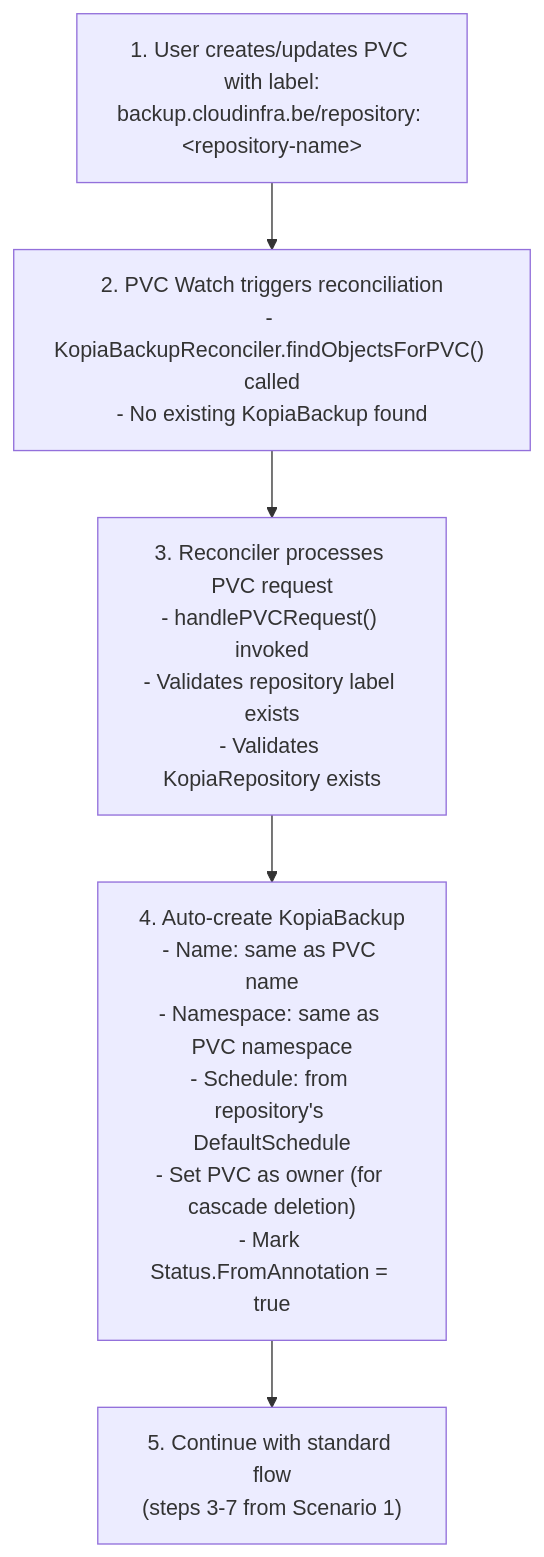
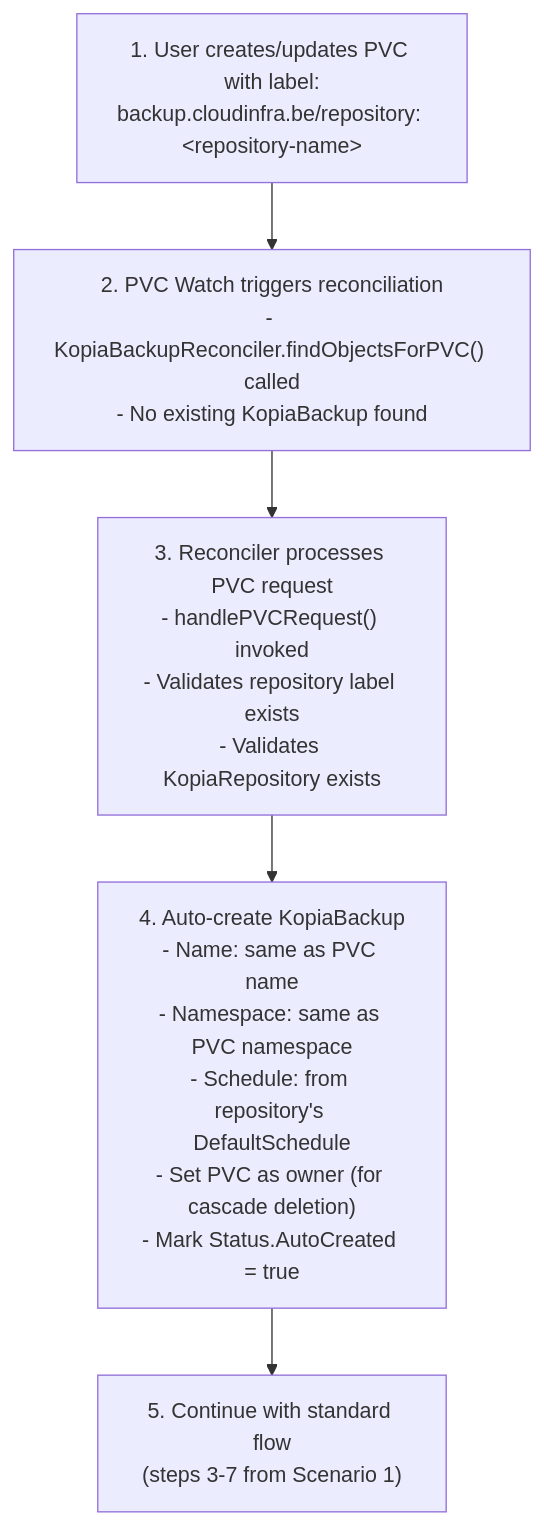
One commit to fastlorenzo/kopia-operator changed the third of 3 diagrams in ARCHITECTURE.md. Above: the diagram before and after it, drawn with Mermaid. The commit also changed other lines of this file and 6 other files, not shown here.

First line of the commit message:
refactor: production defaults and rename FromAnnotation to AutoCreated

````diff
--- a/ARCHITECTURE.md
+++ b/ARCHITECTURE.md
@@ -232,10 +232,10 @@
 ```mermaid
 flowchart TD
     A["1. User creates/updates PVC with label:<br/>backup.cloudinfra.be/repository: &lt;repository-name&gt;"]
     B["2. PVC Watch triggers reconciliation<br/>- KopiaBackupReconciler.findObjectsForPVC() called<br/>- No existing KopiaBackup found"]
     C["3. Reconciler processes PVC request<br/>- handlePVCRequest() invoked<br/>- Validates repository label exists<br/>- Validates KopiaRepository exists"]
-    D["4. Auto-create KopiaBackup<br/>- Name: same as PVC name<br/>- Namespace: same as PVC namespace<br/>- Schedule: from repository's DefaultSchedule<br/>- Set PVC as owner (for cascade deletion)<br/>- Mark Status.FromAnnotation = true"]
+    D["4. Auto-create KopiaBackup<br/>- Name: same as PVC name<br/>- Namespace: same as PVC namespace<br/>- Schedule: from repository's DefaultSchedule<br/>- Set PVC as owner (for cascade deletion)<br/>- Mark Status.AutoCreated = true"]
     E["5. Continue with standard flow<br/>(steps 3-7 from Scenario 1)"]
 
     A --> B --> C --> D --> E
 ```
````
